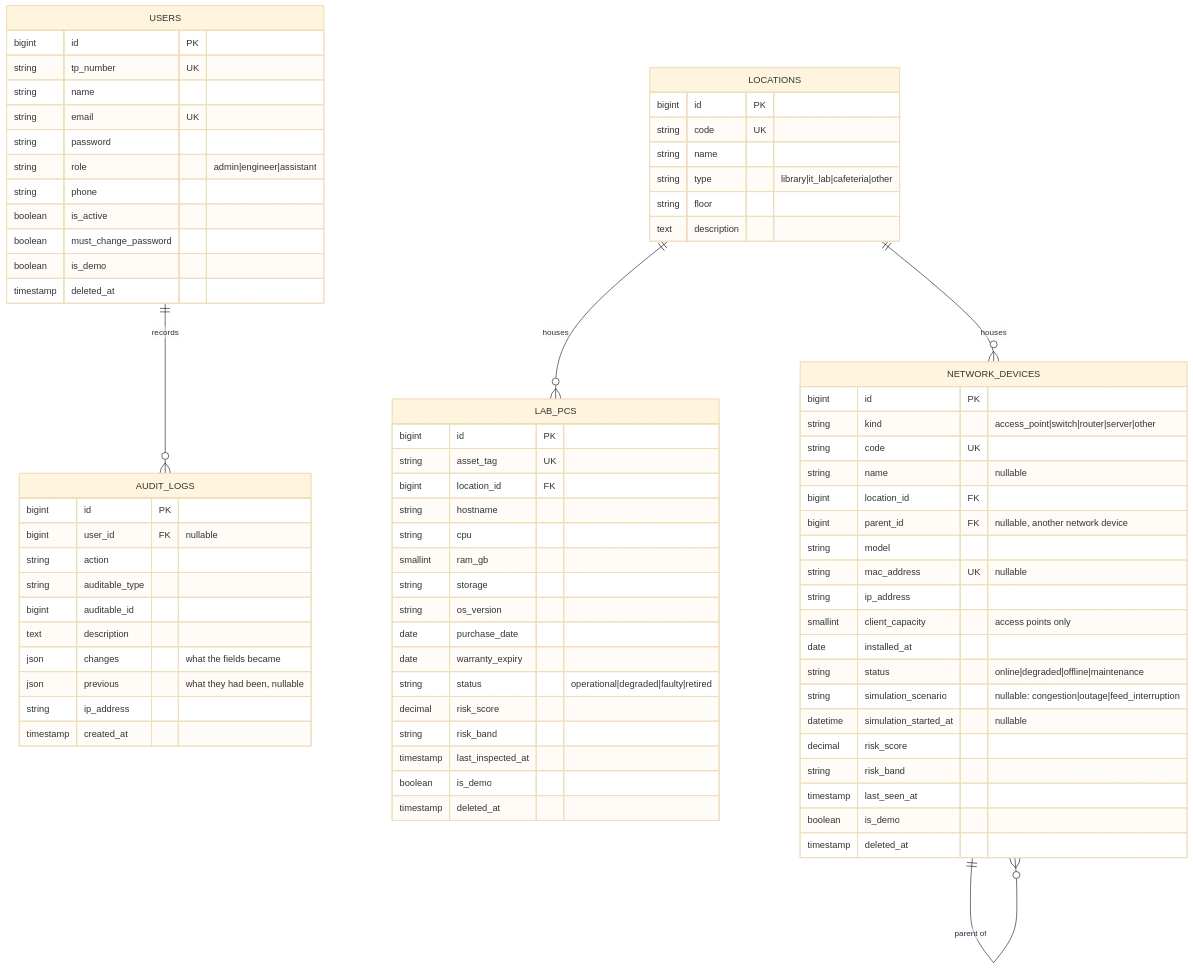
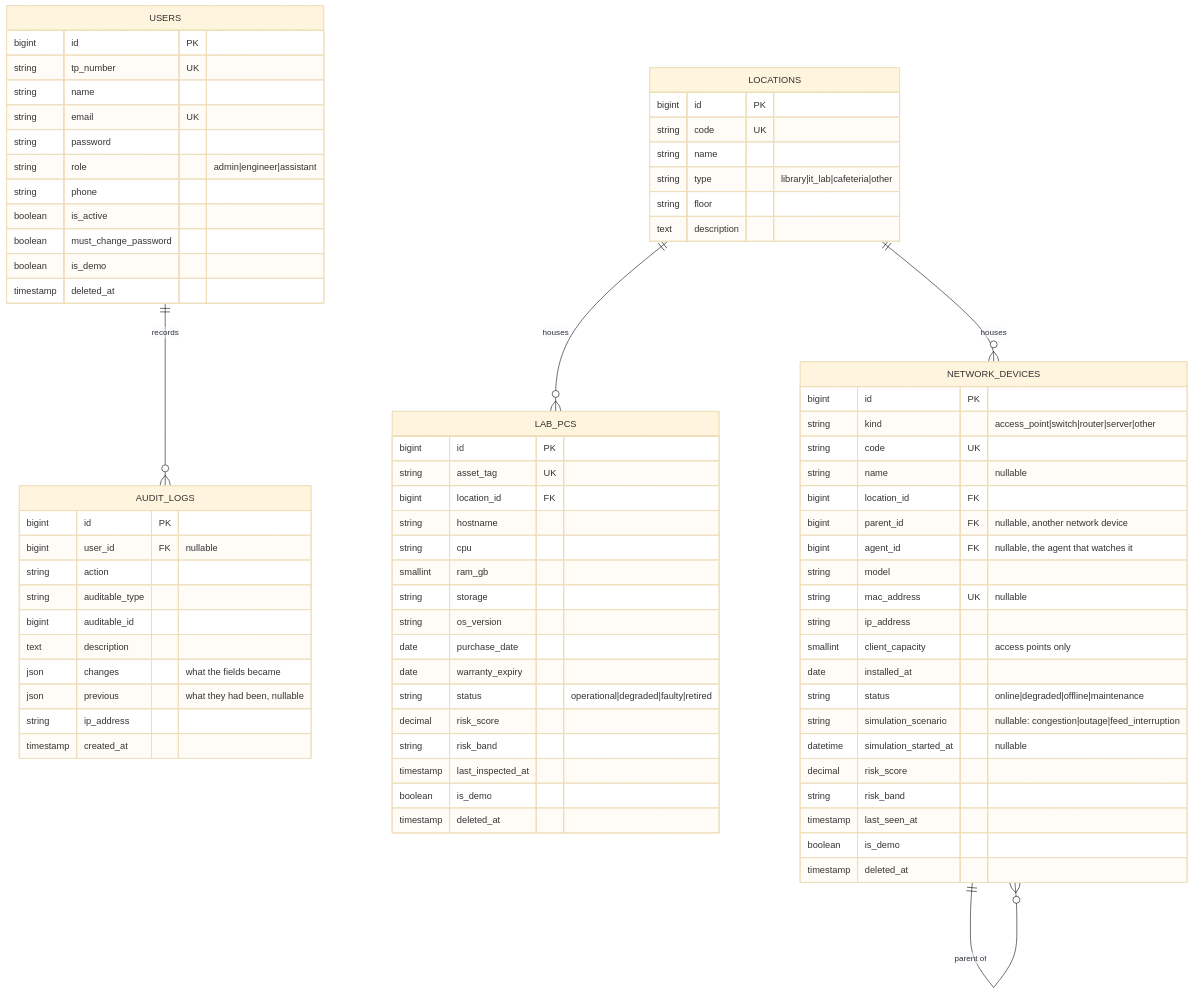
One commit to phone292025/atlas-netcare changed the first of 3 diagrams in docs/04-database.md. Above: the diagram before and after it, drawn with Mermaid (base theme). The commit also changed other lines of this file and 34 other files, not shown here.

````diff
--- a/docs/04-database.md
+++ b/docs/04-database.md
@@ -70,80 +70,81 @@
 ```mermaid
 erDiagram
     USERS ||--o{ AUDIT_LOGS : records
     LOCATIONS ||--o{ LAB_PCS : houses
     LOCATIONS ||--o{ NETWORK_DEVICES : houses
     NETWORK_DEVICES ||--o{ NETWORK_DEVICES : "parent of"
 
     USERS {
         bigint id PK
         string tp_number UK
         string name
         string email UK
         string password
         string role "admin|engineer|assistant"
         string phone
         boolean is_active
         boolean must_change_password
         boolean is_demo
         timestamp deleted_at
     }
     LOCATIONS {
         bigint id PK
         string code UK
         string name
         string type "library|it_lab|cafeteria|other"
         string floor
         text description
     }
     LAB_PCS {
         bigint id PK
         string asset_tag UK
         bigint location_id FK
         string hostname
         string cpu
         smallint ram_gb
         string storage
         string os_version
         date purchase_date
         date warranty_expiry
         string status "operational|degraded|faulty|retired"
         decimal risk_score
         string risk_band
         timestamp last_inspected_at
         boolean is_demo
         timestamp deleted_at
     }
     NETWORK_DEVICES {
         bigint id PK
         string kind "access_point|switch|router|server|other"
         string code UK
         string name "nullable"
         bigint location_id FK
         bigint parent_id FK "nullable, another network device"
+        bigint agent_id FK "nullable, the agent that watches it"
         string model
         string mac_address UK "nullable"
         string ip_address
         smallint client_capacity "access points only"
         date installed_at
         string status "online|degraded|offline|maintenance"
         string simulation_scenario "nullable: congestion|outage|feed_interruption"
         datetime simulation_started_at "nullable"
         decimal risk_score
         string risk_band
         timestamp last_seen_at
         boolean is_demo
         timestamp deleted_at
     }
     AUDIT_LOGS {
         bigint id PK
         bigint user_id FK "nullable"
         string action
         string auditable_type
         bigint auditable_id
         text description
         json changes "what the fields became"
         json previous "what they had been, nullable"
         string ip_address
         timestamp created_at
     }
 ```
````
